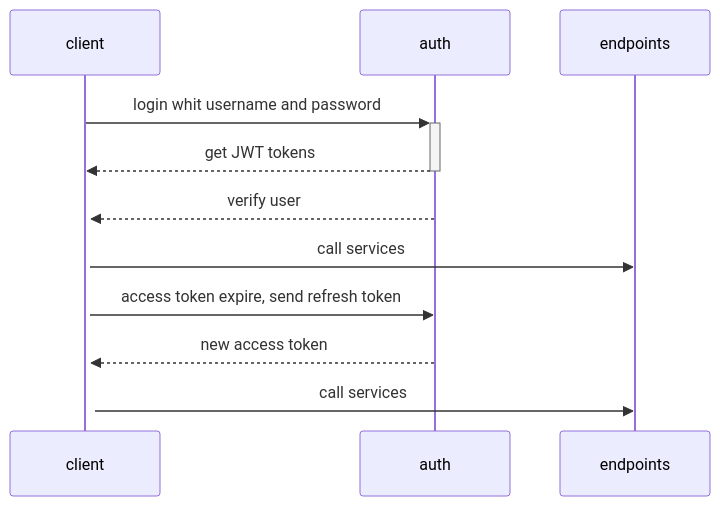
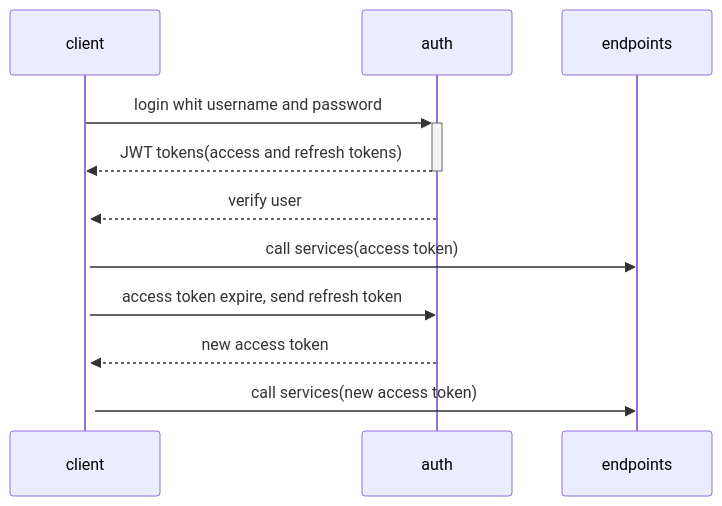
One commit to aliowx/way_finding changed the diagram in docs/jwt_auth.md. Above: the diagram before and after it, drawn with Mermaid.

Commit message:
update jwt_auth doc

````diff
--- a/docs/jwt_auth.md
+++ b/docs/jwt_auth.md
@@ -3,10 +3,10 @@
 ```mermaid
 sequenceDiagram
     client->>+auth: login whit username and password
-    auth-->>-client: get JWT tokens
+    auth-->>-client: JWT tokens(access and refresh tokens)
     auth-->>+client: verify user
-    client->>endpoints: call services
+    client->>endpoints: call services(access token)
     client->>auth: access token expire, send refresh token
     auth-->>+client: new access token
-    client->>endpoints: call services
+    client->>endpoints: call services(new access token)
 ```
````
